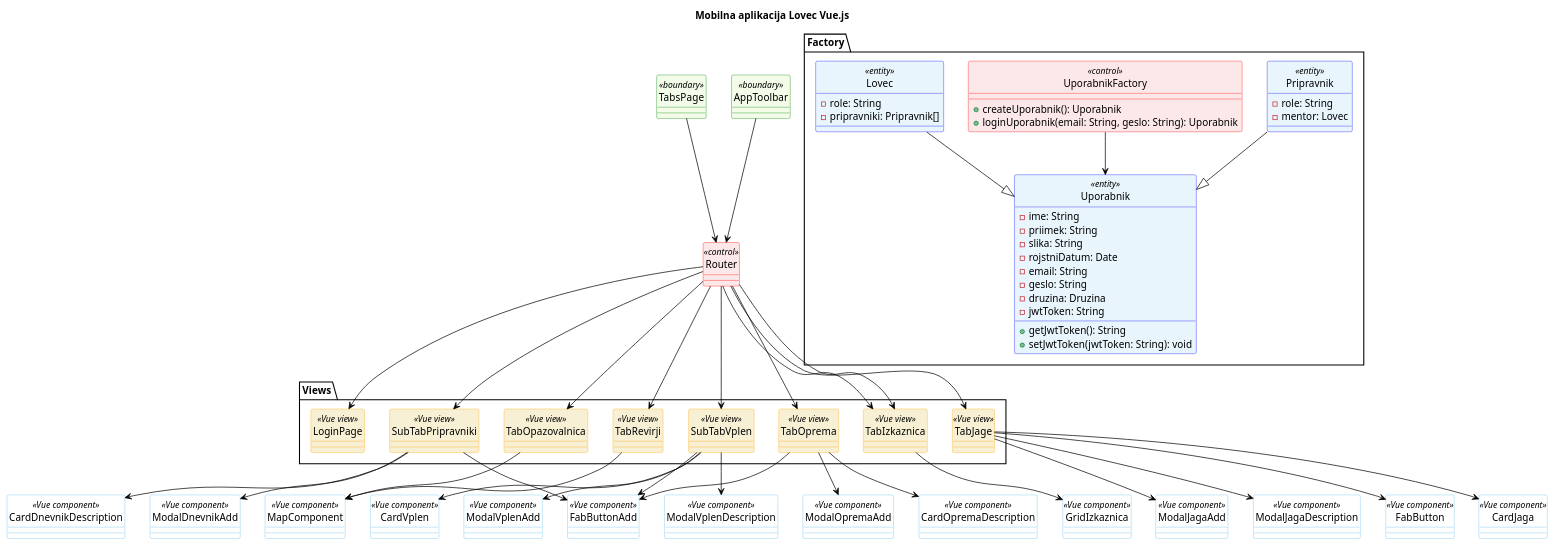
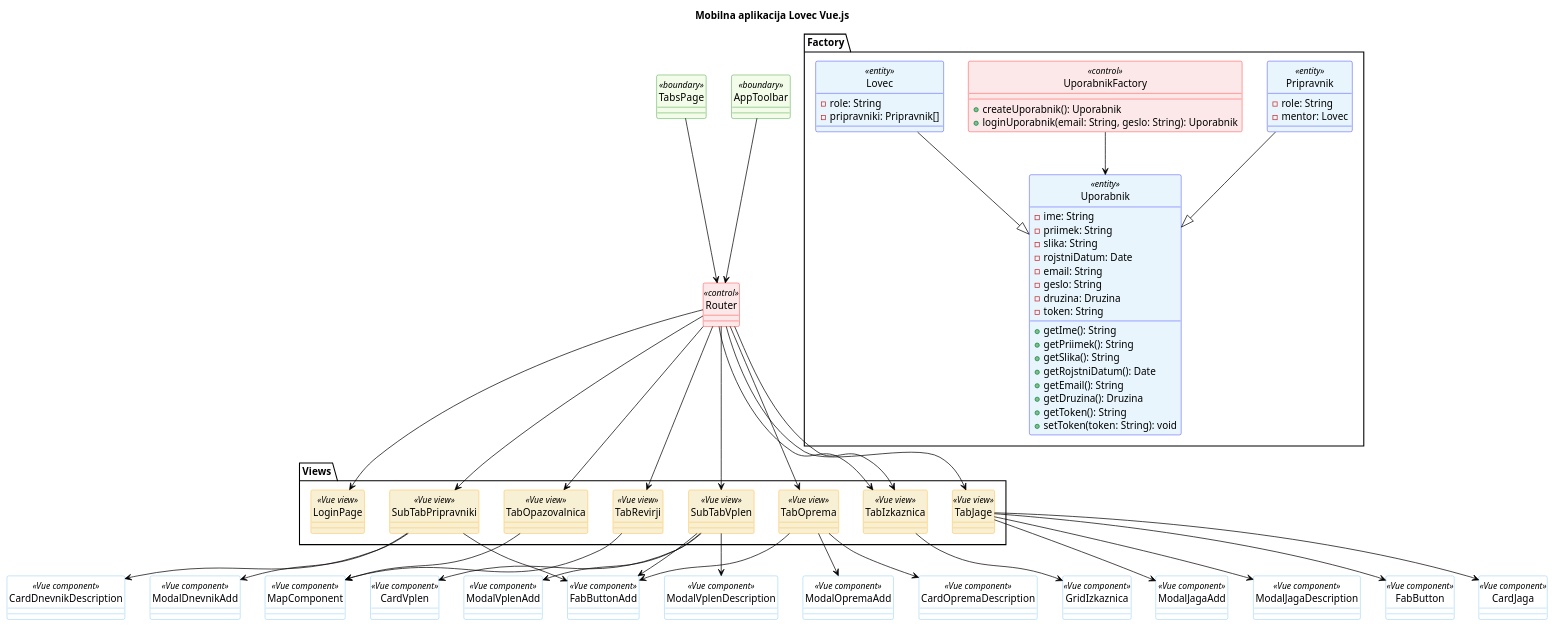
Before and after one commit to janmerhar/lovec: the diagram in docs/uml/front-end.wsd, drawn with PlantUML.

Commit message:
Complete factory method in FE UML uml/front-end.wsd

```diff
--- a/docs/uml/front-end.wsd
+++ b/docs/uml/front-end.wsd
@@ -1,185 +1,192 @@
 @startuml Mobilna aplikacija Lovec Vue.js
 
 title Mobilna aplikacija Lovec Vue.js
 
 skinparam class {
   backgroundColor white
   borderColor #5FB8EC
   arrowColor black
 }
 skinparam class<<entity>> {
   backgroundColor #e8f5fc
   borderColor Blue
 }
 skinparam class<<control>> {
   backgroundColor #fce8e8
   borderColor Red
 }
 skinparam class<<boundary>> {
   backgroundColor #f2fce8
   borderColor Green
 }
 skinparam class<<External API>>{
   backgroundColor #f8f0d4
   borderColor Orange
 }
 skinparam class<<Vue view>>{
   backgroundColor #f8f0d4
   borderColor Orange
 }
 
 ' skinparam shadowing false
 skinparam style strictuml
 skinparam defaultTextAlignment center
 ' skinparam packageStyle rectangle
 skinparam groupInheritance 5
 hide circle
 ' hide members
 
 '---------Razredi---------------------------
 class TabsPage<<boundary>>
 class AppToolbar<<boundary>>
 
 class Router<<control>>{
 }
 
 TabsPage --> Router
 AppToolbar --> Router
 
 package Views{
   Class SubTabPripravniki<<Vue view>>{
   }
 
   Class TabRevirji<<Vue view>>{
   }
 
   Class TabOpazovalnica<<Vue view>>{
   }
 
   Class SubTabVplen<<Vue view>>{
   }
 
   Class TabOprema<<Vue view>>{
   }
 
   Class TabIzkaznica<<Vue view>>{
   }
 
   Class TabJage<<Vue view>>{
   }
 
   Class TabIzkaznica<<Vue view>>{
   }
 
   Class LoginPage<<Vue view>>{
   }
 }
 
 Router --> SubTabPripravniki
 Router --> TabRevirji
 Router --> TabOpazovalnica
 Router --> SubTabVplen
 Router --> TabOprema
 Router --> TabIzkaznica
 Router --> TabJage
 Router --> TabIzkaznica
 Router --> LoginPage
 
 Class FabButton<<Vue component>>{
 }
 Class CardJaga<<Vue component>>{
 }
 Class ModalJagaAdd<<Vue component>>{
 }
 Class ModalJagaDescription<<Vue component>>{
 }
 
 TabJage --> FabButton
 TabJage --> CardJaga
 TabJage --> ModalJagaAdd
 TabJage --> ModalJagaDescription
 
 Class GridIzkaznica<<Vue component>>{
 }
 
 TabIzkaznica --> GridIzkaznica
 
 Class FabButtonAdd<<Vue component>>{
 }
 Class ModalOpremaAdd<<Vue component>>{
 }
 Class CardOpremaDescription<<Vue component>>{
 }
 
 TabOprema --> FabButtonAdd
 TabOprema --> ModalOpremaAdd
 TabOprema --> CardOpremaDescription
 
 ' Class FabButtonAdd<<Vue component>>{
 ' }
 Class CardVplen<<Vue component>>{
 }
 Class ModalVplenAdd<<Vue component>>{
 }
 Class ModalVplenDescription<<Vue component>>{
 }
 
 SubTabVplen --> FabButtonAdd
 SubTabVplen --> CardVplen
 SubTabVplen --> ModalVplenAdd
 SubTabVplen --> ModalVplenDescription
 
 Class MapComponent<<Vue component>>{
 }
 
 TabOpazovalnica --> MapComponent
 
 TabRevirji --> MapComponent
 
 ' Class FabButtonAdd<<Vue component>>{
 ' }
 Class ModalDnevnikAdd<<Vue component>>{
 }
 Class CardDnevnikDescription<<Vue component>>{
 }
 
 SubTabPripravniki --> FabButtonAdd
 SubTabPripravniki --> ModalDnevnikAdd
 SubTabPripravniki --> CardDnevnikDescription
 
 package Factory{
   Class Uporabnik<<entity>> {
     -ime: String
     -priimek: String
     -slika: String
     -rojstniDatum: Date
     -email: String
     -geslo: String
     -druzina: Druzina
-    -jwtToken: String
-
-    +getJwtToken(): String
-    +setJwtToken(jwtToken: String): void
+    -token: String
+' 
+    +getIme(): String
+    +getPriimek(): String
+    +getSlika(): String
+    +getRojstniDatum(): Date
+    +getEmail(): String
+    +getDruzina(): Druzina
+' 
+    +getToken(): String
+    +setToken(token: String): void
   }
 
   Class UporabnikFactory<<control>>{
     +createUporabnik(): Uporabnik
     +loginUporabnik(email: String, geslo: String): Uporabnik
   }
 
   Class Lovec<<entity>>{
     -role: String
     -pripravniki: Pripravnik[]
   }
 
   Class Pripravnik<<entity>> {
     -role: String
     -mentor: Lovec
   }
 }
 
 Lovec --|> Uporabnik
 Pripravnik --|> Uporabnik
 UporabnikFactory --> Uporabnik
 
 @enduml
```
